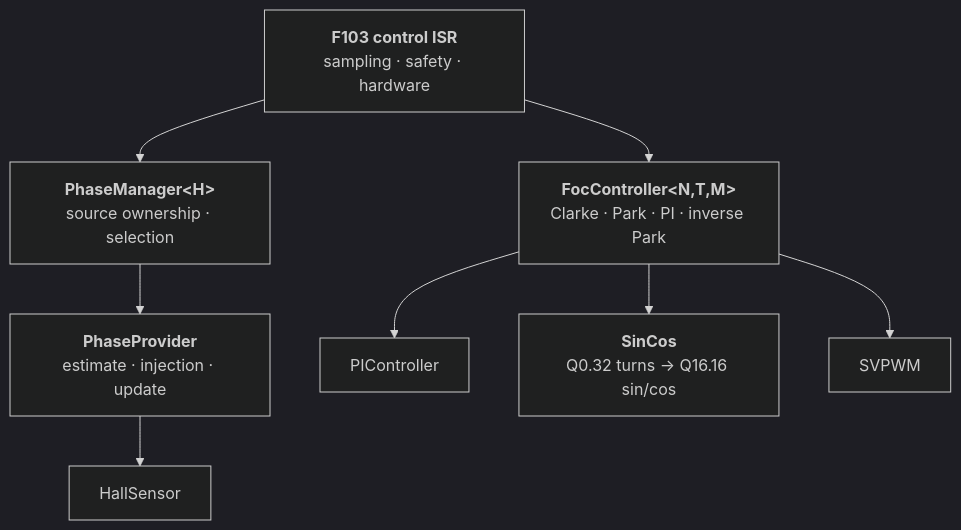
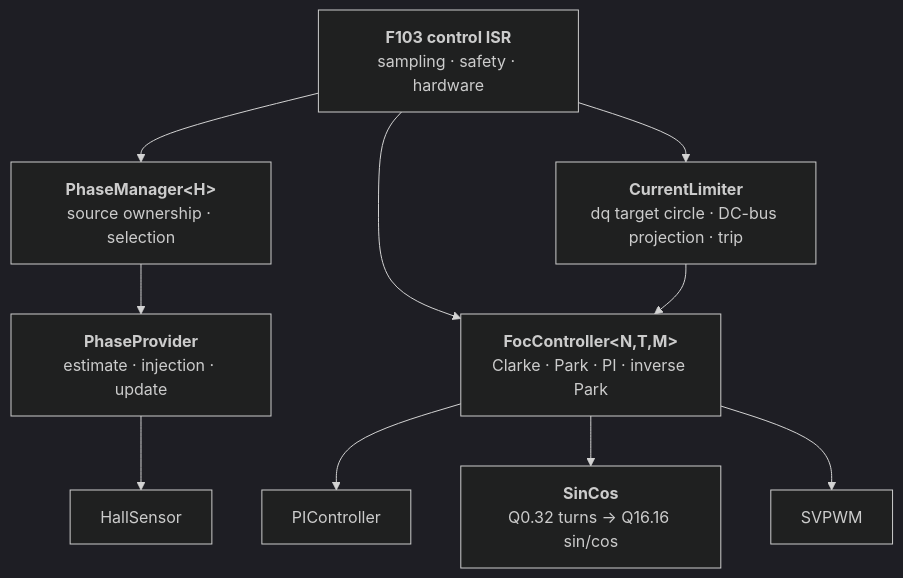
Before and after one commit to reverse-bike/micro-oxifoc: the first of 2 diagrams in README.md, drawn with Mermaid (dark theme). The commit also changed other lines of this file and 11 other files, not shown here.

````diff
--- a/README.md
+++ b/README.md
@@ -40,10 +42,12 @@
 ```mermaid
 graph TD
     ISR["<b>F103 control ISR</b><br/>sampling · safety · hardware"] --> PhaseManager
+    ISR --> CurrentLimiter
     ISR --> FocController
     PhaseManager["<b>PhaseManager&lt;H&gt;</b><br/>source ownership · selection"] --> PhaseProvider
     PhaseProvider["<b>PhaseProvider</b><br/>estimate · injection · update"] --> HallSensor
+    CurrentLimiter["<b>CurrentLimiter</b><br/>dq target circle · DC-bus projection · trip"] --> FocController
     FocController["<b>FocController&lt;N,T,M&gt;</b><br/>Clarke · Park · PI · inverse Park"] --> PIController
     FocController --> SinCos["<b>SinCos</b><br/>Q0.32 turns → Q16.16 sin/cos"]
     FocController --> SVPWM
 ```
````
